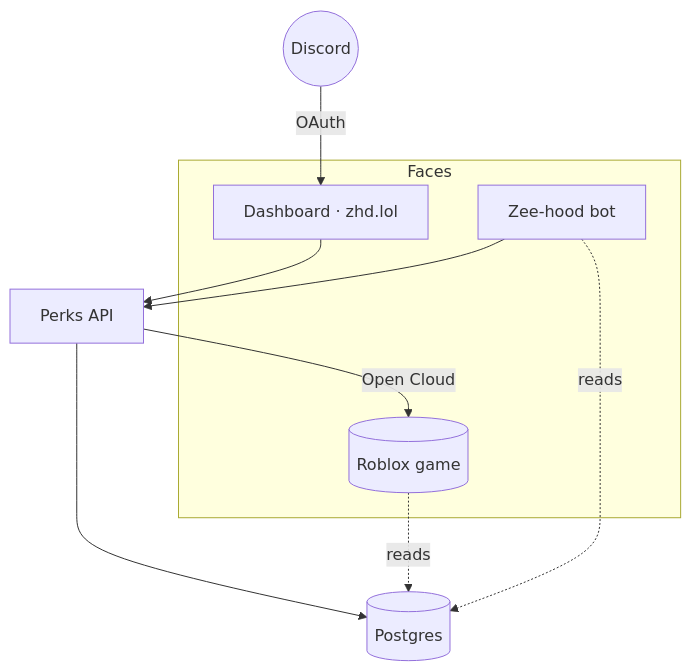
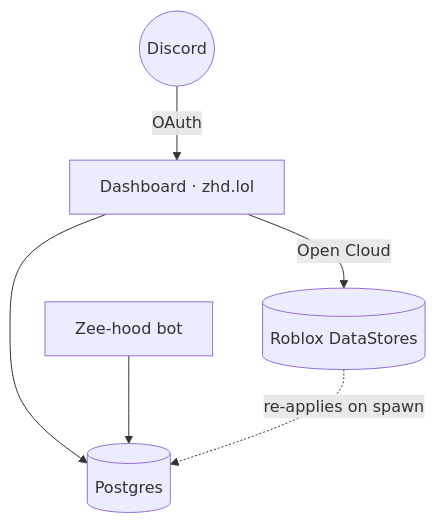
One commit to ashdlasjdh-spec/zeedash changed the diagram in docs-site/docs/architecture.md. Above: the diagram before and after it, drawn with Mermaid. The commit also changed other lines of this file and 23 other files, not shown here.

````diff
--- a/docs-site/docs/architecture.md
+++ b/docs-site/docs/architecture.md
@@ -25,15 +23,8 @@
 ```mermaid
 flowchart TB
-    subgraph Faces
-        Dash[Dashboard · zhd.lol]
-        Bot[Zee-hood bot]
-        Game[(Roblox game)]
-    end
-    Dash --> API[Perks API]
-    Bot --> API
-    API --> DB[(Postgres)]
-    API -->|Open Cloud| Game
-    Bot -.reads.-> DB
-    Game -.reads.-> DB
+    Dash[Dashboard · zhd.lol] --> DB[(Postgres)]
+    Bot[Zee-hood bot] --> DB
+    Dash -->|Open Cloud| Game[(Roblox DataStores)]
+    Game -.re-applies on spawn.-> DB
     Discord((Discord)) -->|OAuth| Dash
 ```
````
